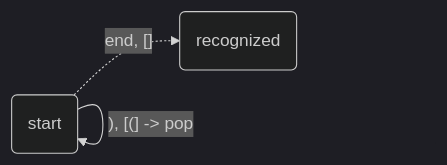
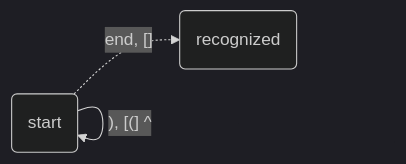
One commit to raganwald/raganwald.github.com changed the third of 5 diagrams in _posts/2019-02-14-i-love-programming-and-programmers.md. Above: the diagram before and after it, drawn with Mermaid (dark theme). The commit also changed other lines of this file, not shown here.

```diff
--- a/_posts/2019-02-14-i-love-programming-and-programmers.md
+++ b/_posts/2019-02-14-i-love-programming-and-programmers.md
@@ -517,6 +517,6 @@
 <div class="mermaid">
   graph LR
-    start(start)-->|"(, [_] -> push ("|start
-    start-->|"), [(] -> pop"|start
+    start(start)-->|"(, [_] v ("|start
+    start-->|"), [(] ^"|start
     start-.->|"end, []"|recognized(recognized)
 </div>
```
